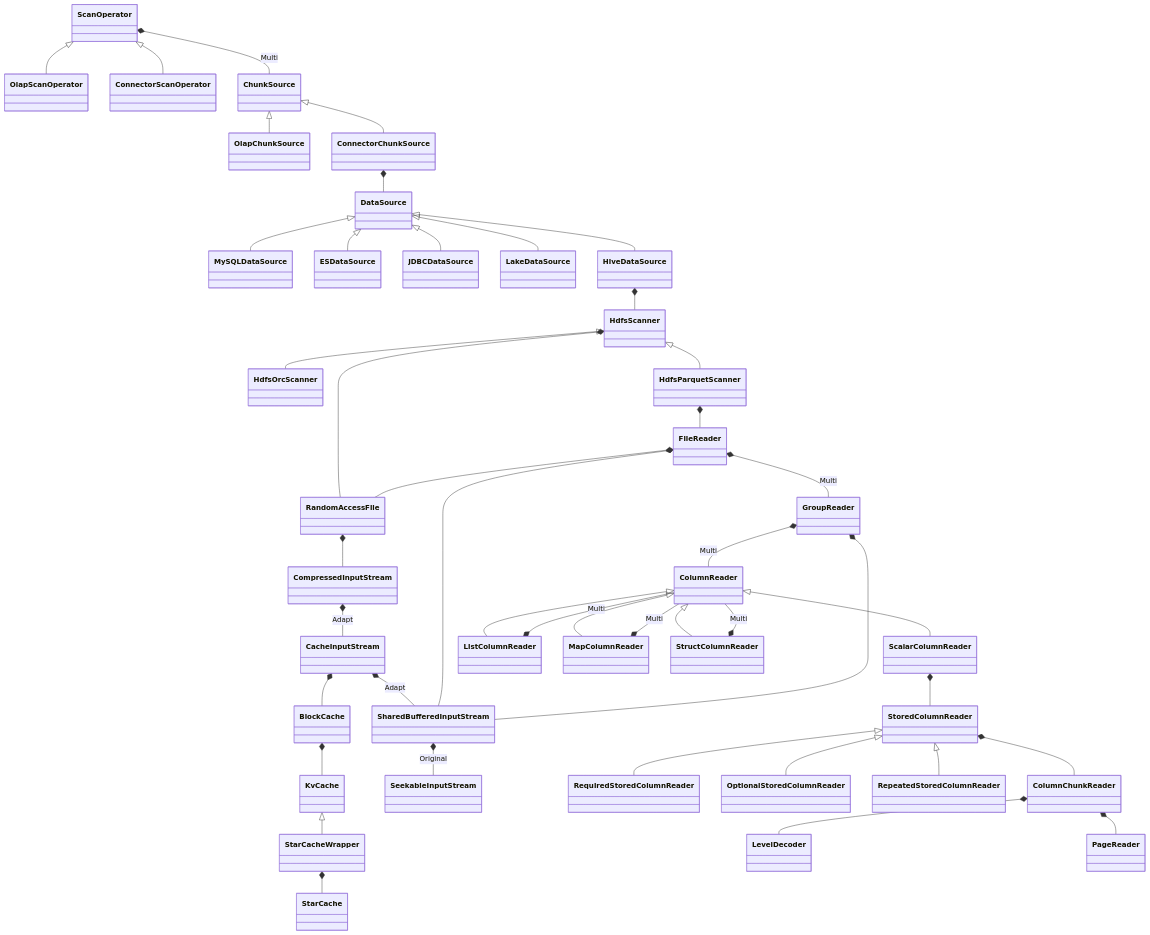
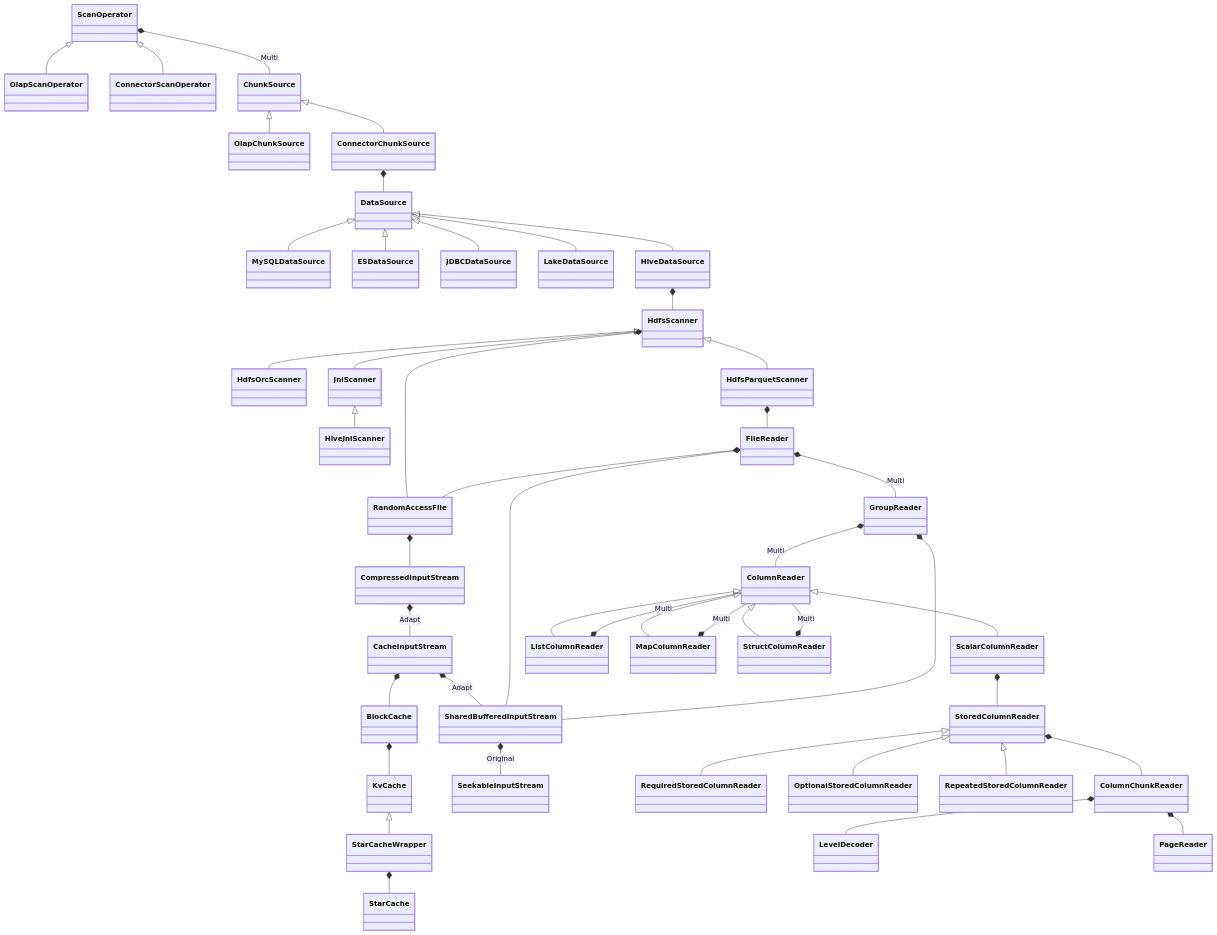
Before and after one commit to liuyehcf/BlogSource: the second of 2 diagrams in _unposts/codebase/StarRocks.md, drawn with Mermaid. The commit also changed 7 other files, not shown here.

````diff
--- a/_unposts/codebase/StarRocks.md
+++ b/_unposts/codebase/StarRocks.md
@@ -597,46 +597,48 @@
 ```mermaid
 classDiagram
     ScanOperator <|-- OlapScanOperator
     ScanOperator <|-- ConnectorScanOperator
     ScanOperator *-- ChunkSource: Multi
     ChunkSource <|-- OlapChunkSource
     ChunkSource <|-- ConnectorChunkSource
     ConnectorChunkSource *-- DataSource
     DataSource <|-- MySQLDataSource
     DataSource <|-- ESDataSource
     DataSource <|-- JDBCDataSource
     DataSource <|-- LakeDataSource
     DataSource <|-- HiveDataSource
     HiveDataSource *-- HdfsScanner
     HdfsScanner *-- RandomAccessFile
     RandomAccessFile *-- CompressedInputStream
     CompressedInputStream *-- CacheInputStream: Adapt
     CacheInputStream *-- BlockCache
     BlockCache *-- KvCache
     KvCache <|-- StarCacheWrapper
     StarCacheWrapper *-- StarCache
     CacheInputStream *-- SharedBufferedInputStream: Adapt
     SharedBufferedInputStream *-- SeekableInputStream: Original
     HdfsScanner <|-- HdfsOrcScanner
+    HdfsScanner <|-- JniScanner
+    JniScanner <|-- HiveJniScanner
     HdfsScanner <|-- HdfsParquetScanner
     HdfsParquetScanner *-- FileReader
     FileReader *-- RandomAccessFile
     FileReader *-- GroupReader: Multi
     FileReader *-- SharedBufferedInputStream
     GroupReader *-- ColumnReader: Multi
     GroupReader *-- SharedBufferedInputStream
     ColumnReader <|-- ScalarColumnReader
     ColumnReader <|-- ListColumnReader
     ColumnReader <|-- MapColumnReader
     ColumnReader <|-- StructColumnReader
     ListColumnReader *-- ColumnReader: Multi
     MapColumnReader *-- ColumnReader: Multi
     StructColumnReader *-- ColumnReader: Multi
     ScalarColumnReader *-- StoredColumnReader
     StoredColumnReader <|-- RequiredStoredColumnReader
     StoredColumnReader <|-- OptionalStoredColumnReader
     StoredColumnReader <|-- RepeatedStoredColumnReader
     StoredColumnReader *-- ColumnChunkReader
     ColumnChunkReader *-- LevelDecoder
     ColumnChunkReader *-- PageReader
 ```
````
